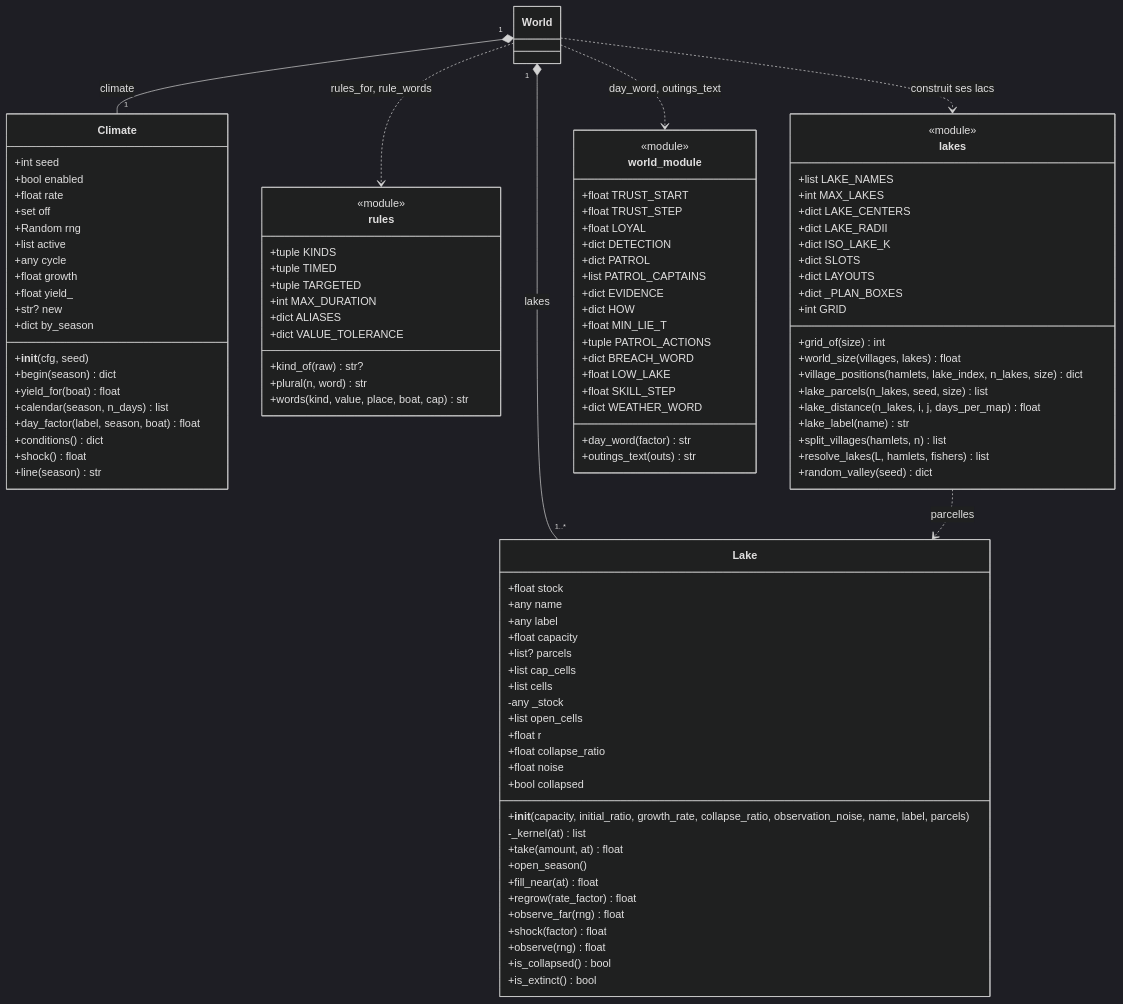
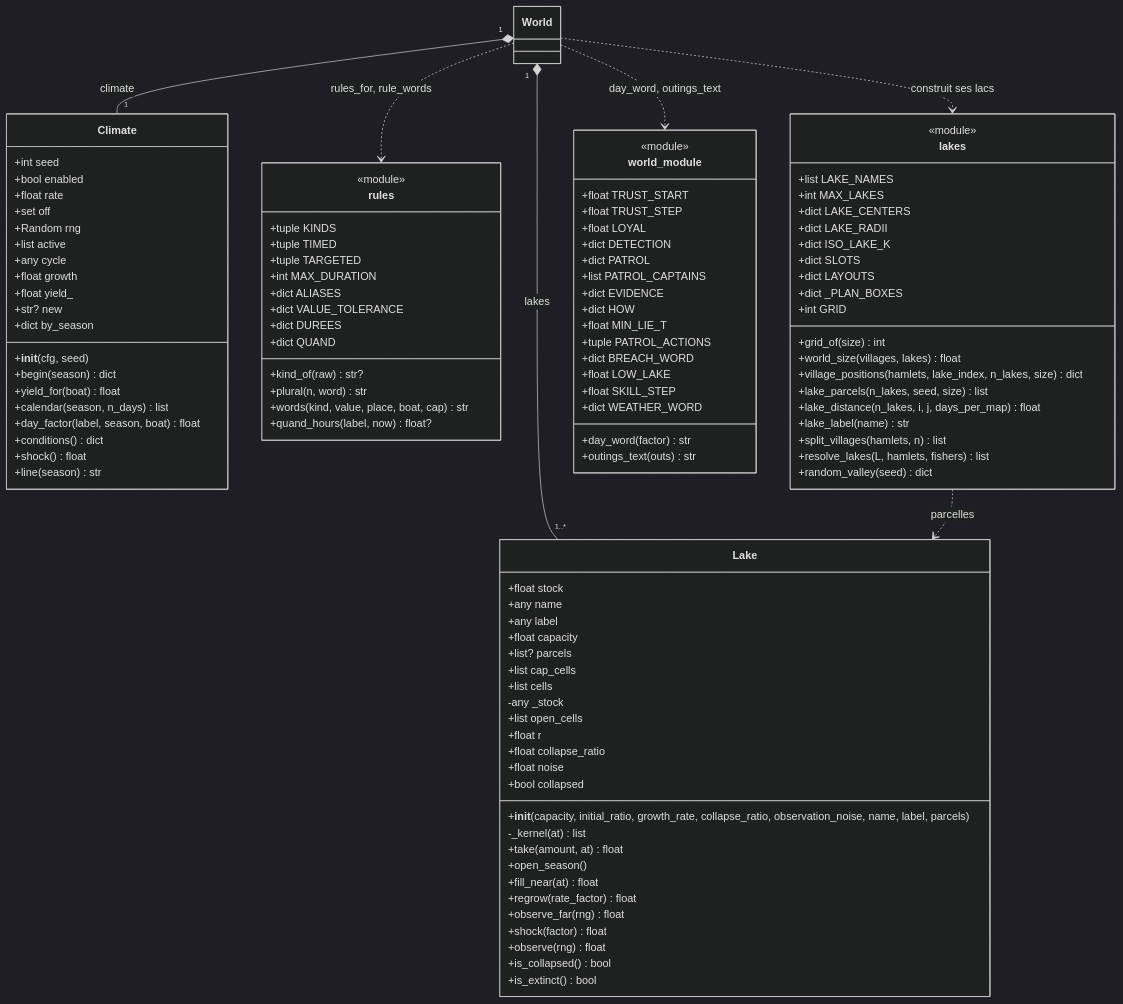
Diagram 12 of 14 in docs/uml/classes-monde.md (Romain-LM-Dev/Projet-Parcours---Filets-de-Vellmor), drawn with Mermaid (dark theme) before and after one commit. The commit also changed other lines of this file and 14 other files, not shown here.

```diff
--- a/docs/uml/classes-monde.md
+++ b/docs/uml/classes-monde.md
@@ -649,9 +655,12 @@
         +int MAX_DURATION
         +dict ALIASES
         +dict VALUE_TOLERANCE
+        +dict DUREES
+        +dict QUAND
         +kind_of(raw) str?
         +plural(n, word) str
         +words(kind, value, place, boat, cap) str
+        +quand_hours(label, now) float?
     }
     class lakes {
         <<module>>
```
